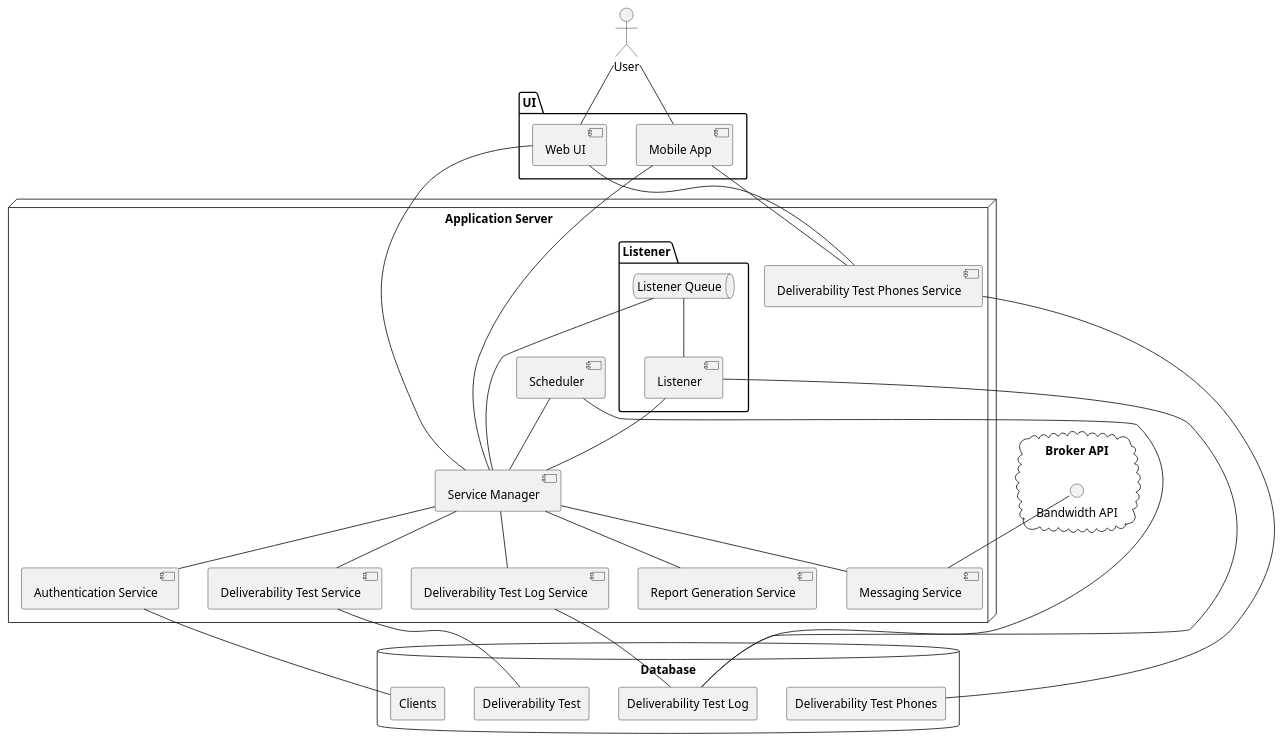
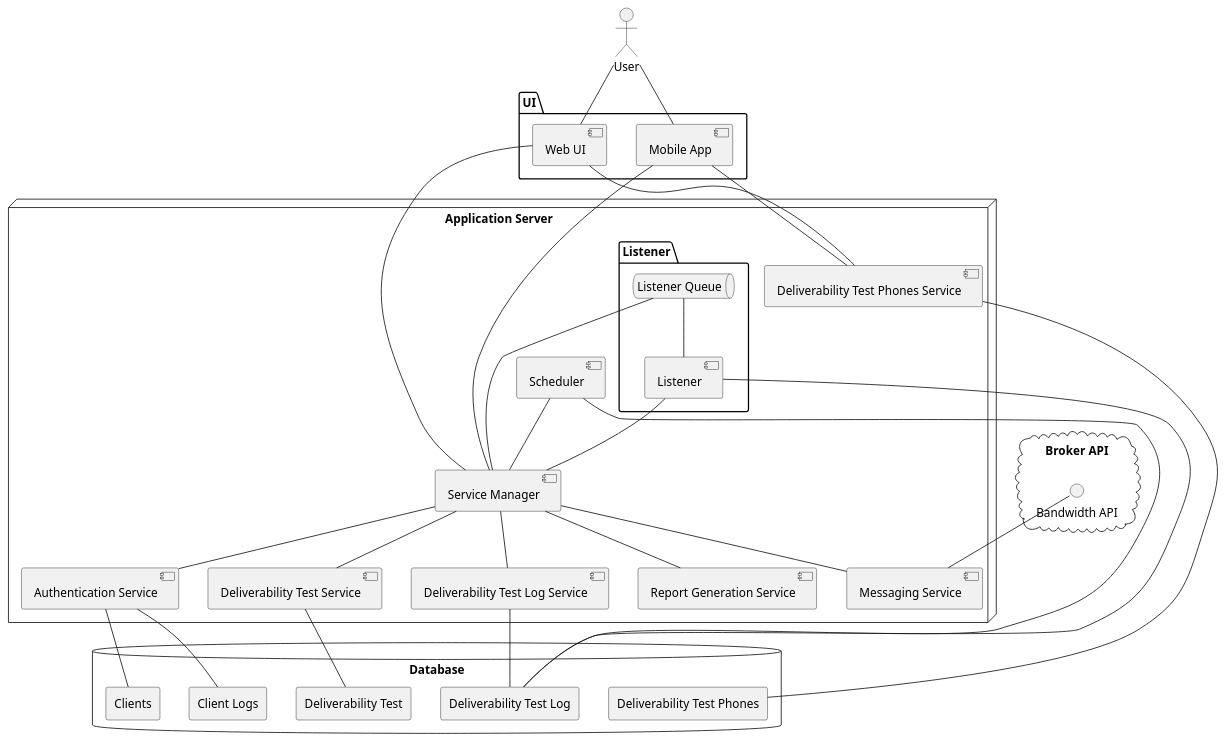
One commit to Xyz0074/testing-diagrams changed the diagram in src/microservices-component-diagram.puml. Above: the diagram before and after it, drawn with PlantUML.

Commit message:
Updated architecture.

```diff
--- a/src/microservices-component-diagram.puml
+++ b/src/microservices-component-diagram.puml
@@ -1,71 +1,73 @@
 @startuml
 
 /'Defines all the components in the diagram, including the actor.'/
 User as user
 
 package UI {
     component "Web UI" as web_ui
     component "Mobile App" as mobile_app
 }
 
 node "Application Server" {
     component "Service Manager" as service_manager
 
     package "Listener" {
         queue "Listener Queue" as listener_queue
         component "Listener" as listener
     }
 
     component "Deliverability Test Log Service" as dtl_service
     component "Deliverability Test Service" as dt_service
     component "Deliverability Test Phones Service" as dtp_service
     component "Report Generation Service" as rg_service
     component "Scheduler" as scheduler
     component "Messaging Service" as messenger
     component "Authentication Service" as auth
 }
 
 cloud "Broker API" {
     interface "Bandwidth API" as bandwidth
 }
 
 database Database {
     skinparam componentStyle rectangle
     component "Deliverability Test Log" as dtl
     component "Deliverability Test" as dt
     component "Deliverability Test Phones" as dtp
     component "Clients" as clients
+    component "Client Logs" as cl
     skinparam componentStyle uml2
 }
 
 /'Defines the interactions between the components in the diagram.'/
 /'Frontend Interactions'/
 user -- web_ui
 user -- mobile_app
 web_ui -- service_manager
 mobile_app -- service_manager
 web_ui -- dtp_service
 mobile_app -- dtp_service
 
 /'Backend Interactions'/
 service_manager -- listener_queue
 listener_queue -- listener
 listener -- service_manager
 service_manager -- dt_service
 service_manager -- dtl_service
 service_manager -- rg_service
 scheduler -- service_manager
 service_manager -- messenger
 service_manager -- auth
 
 /'Database Interactions'/
 listener -- dtl
 scheduler -- dtl
 dtp_service -- dtp
 dtl_service -- dtl
 dt_service -- dt
 auth -- clients
+auth -- cl
 
 /'Third Party Interactions'/
 bandwidth -- messenger
 @enduml
```
